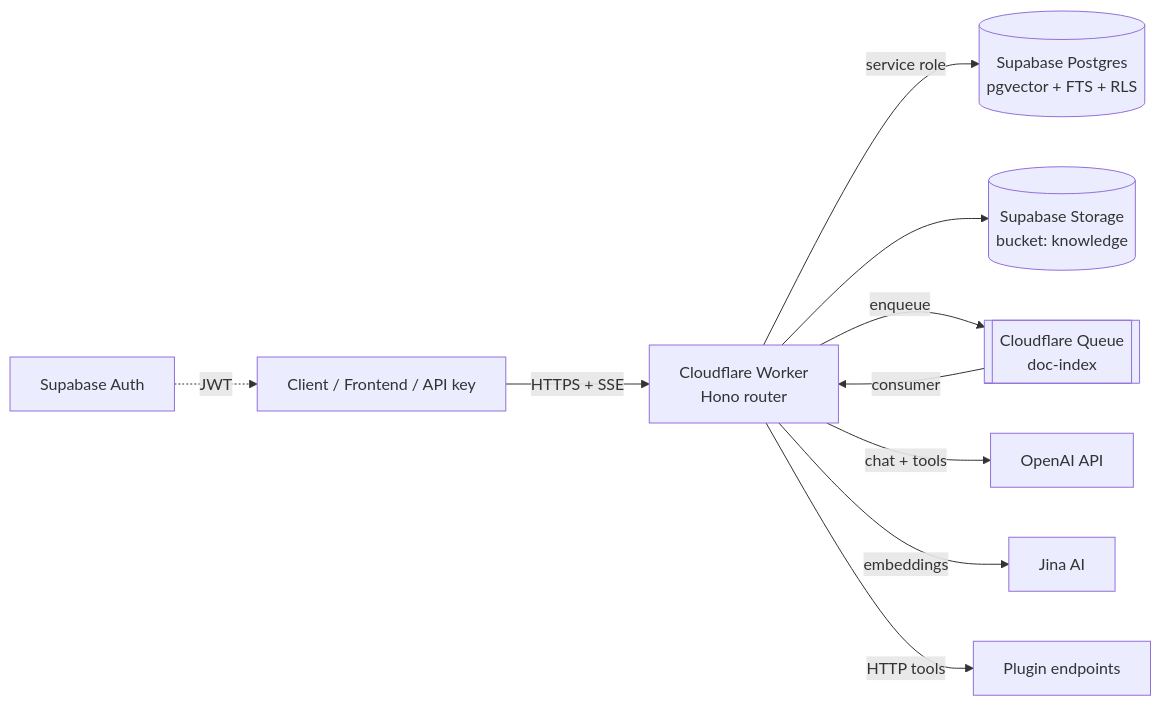
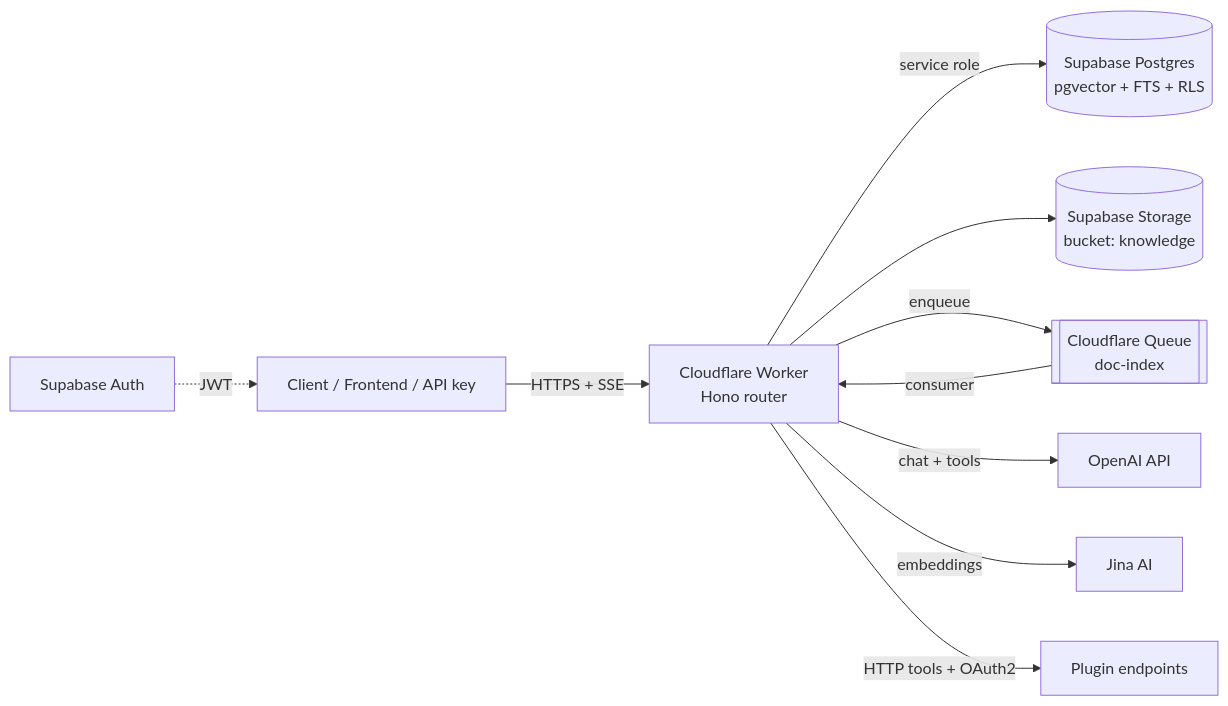
One commit to pluginmd/coze-studio changed the diagram in supabase-port/README.md. Above: the diagram before and after it, drawn with Mermaid. The commit also changed other lines of this file and 24 other files, not shown here.

````diff
--- a/supabase-port/README.md
+++ b/supabase-port/README.md
@@ -26,12 +27,12 @@
 ```mermaid
 flowchart LR
   Client[Client / Frontend / API key] -->|HTTPS + SSE| W[Cloudflare Worker\nHono router]
   W -->|service role| PG[(Supabase Postgres\npgvector + FTS + RLS)]
   W --> ST[(Supabase Storage\nbucket: knowledge)]
   W -->|enqueue| Q[[Cloudflare Queue\ndoc-index]]
   Q -->|consumer| W
   W -->|chat + tools| OAI[OpenAI API]
   W -->|embeddings| JINA[Jina AI]
-  W -->|HTTP tools| EXT[Plugin endpoints]
+  W -->|HTTP tools + OAuth2| EXT[Plugin endpoints]
   Auth[Supabase Auth] -.->|JWT| Client
 ```
````
